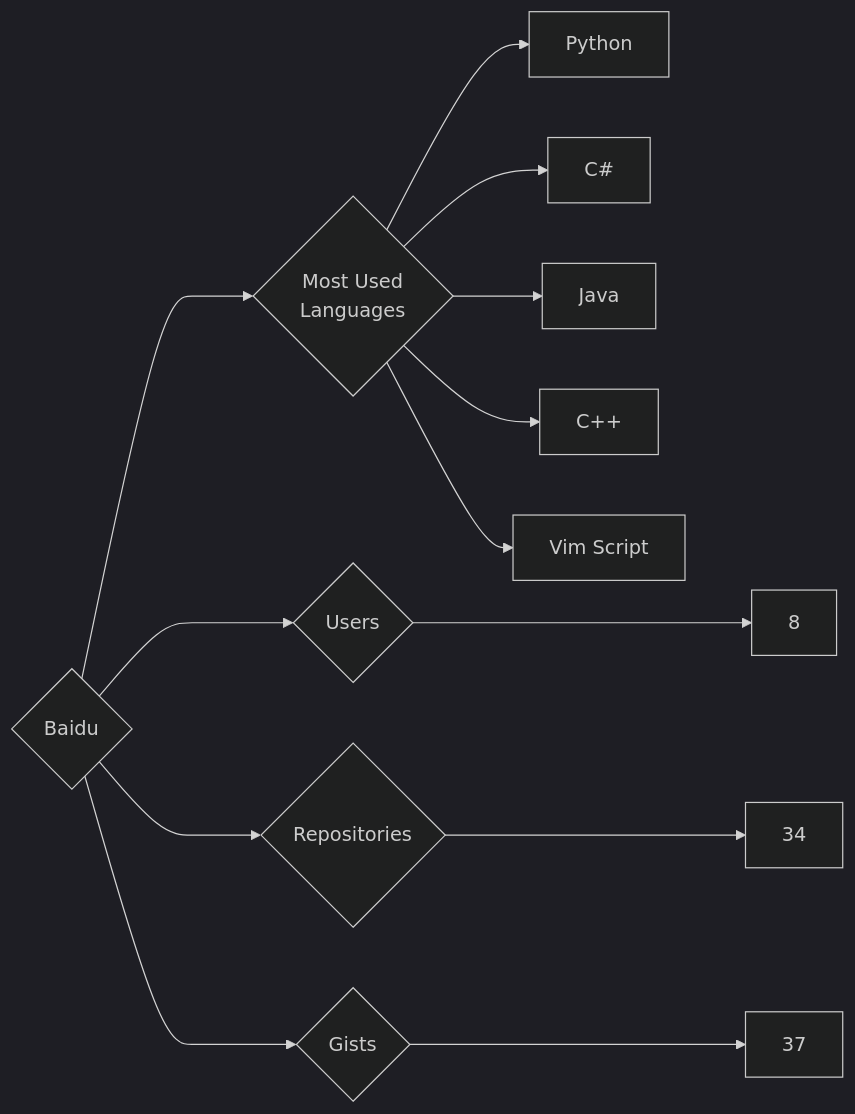
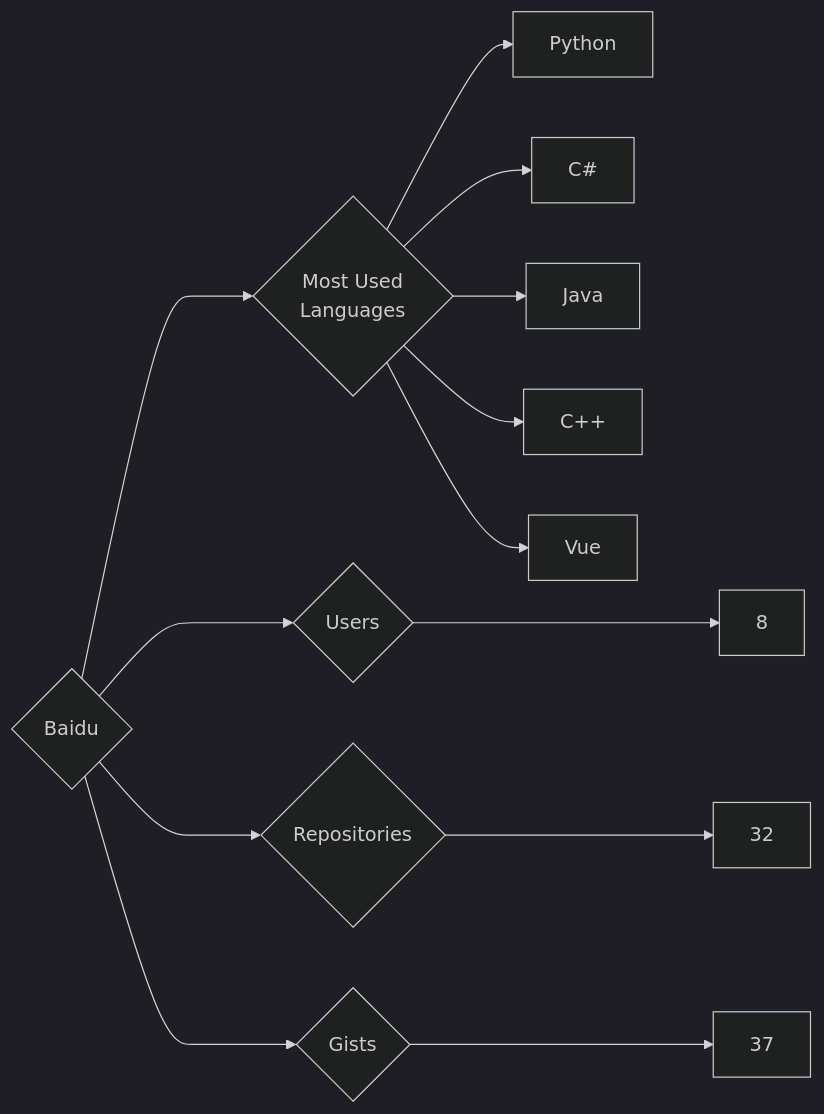
One commit to trickest/insiders changed the diagram in targets/Baidu/README.md. Above: the diagram before and after it, drawn with Mermaid (dark theme). The commit also changed 1078 other files, not shown here.

````diff
--- a/targets/Baidu/README.md
+++ b/targets/Baidu/README.md
@@ -3,13 +3,13 @@
 ```mermaid
 graph LR
 COMPANY_NAME{Baidu}
 COMPANY_NAME ---> U{Users} ---> UN[8]
-COMPANY_NAME ---> R{Repositories} ---> RN[34]
+COMPANY_NAME ---> R{Repositories} ---> RN[32]
 COMPANY_NAME ---> G{Gists} ---> GN[37]
 COMPANY_NAME ---> ML{Most Used<br>Languages}
 ML --> Python[Python]
 ML --> C#[C#]
 ML --> Java[Java]
 ML --> C++[C++]
-ML --> Vim_Script[Vim Script]
+ML --> Vue[Vue]
 ```
````
